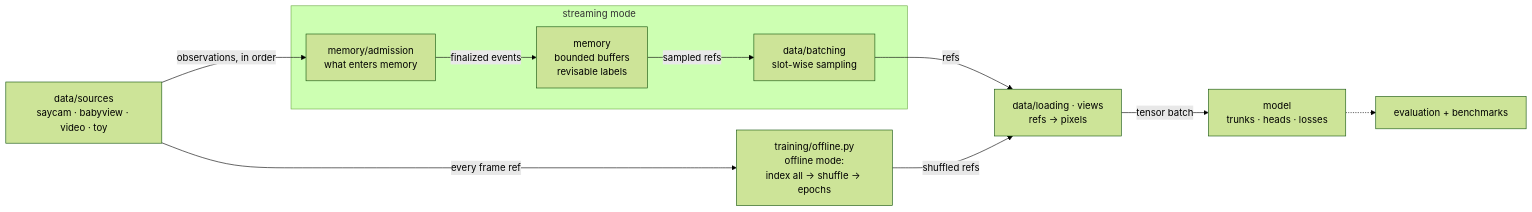
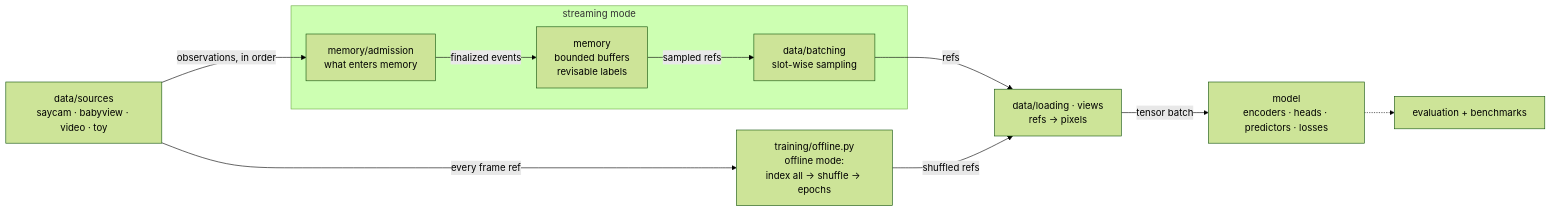
Before and after one commit to egolearn/egolearn: the first of 2 diagrams in docs/design/architecture.md, drawn with Mermaid (forest theme). The commit also changed other lines of this file and 39 other files, not shown here.

````diff
--- a/docs/design/architecture.md
+++ b/docs/design/architecture.md
@@ -32,25 +32,25 @@
 ```mermaid
 flowchart LR
   SRC["data/sources<br/>saycam · babyview · video · toy"]
 
   subgraph SP["streaming mode"]
     ADM["memory/admission<br/>what enters memory"]
     MEM["memory<br/>bounded buffers<br/>revisable labels"]
     BAT["data/batching<br/>slot-wise sampling"]
     ADM -->|finalized events| MEM
     MEM -->|sampled refs| BAT
   end
 
   IDX["training/offline.py<br/>offline mode:<br/>index all → shuffle → epochs"]
 
   LOAD["data/loading · views<br/>refs → pixels"]
-  MODEL["model<br/>trunks · heads · losses"]
+  MODEL["model<br/>encoders · heads · predictors · losses"]
   EVAL["evaluation + benchmarks"]
 
   SRC -->|observations, in order| ADM
   SRC -->|every frame ref| IDX
   BAT -->|refs| LOAD
   IDX -->|shuffled refs| LOAD
   LOAD -->|tensor batch| MODEL
   MODEL -.-> EVAL
 ```
````
